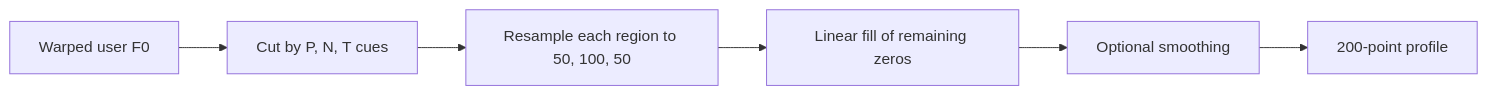
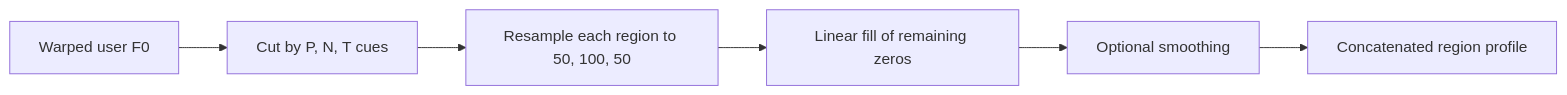
One commit to zhitko/singing-lessons-trainer changed the seventh of 9 diagrams in docs/data_flow_en.md. Above: the diagram before and after it, drawn with Mermaid. The commit also changed other lines of this file and 12 other files, not shown here.

````diff
--- a/docs/data_flow_en.md
+++ b/docs/data_flow_en.md
@@ -200,8 +197,8 @@
 ```mermaid
 flowchart LR
     F0w["Warped user F0"] --> Seg["Cut by P, N, T cues"]
     Seg --> Rs["Resample each region to 50, 100, 50"]
     Rs --> Fill["Linear fill of remaining zeros"]
     Fill --> Sm["Optional smoothing"]
-    Sm --> Profile["200-point profile"]
+    Sm --> Profile["Concatenated region profile"]
 ```
````
